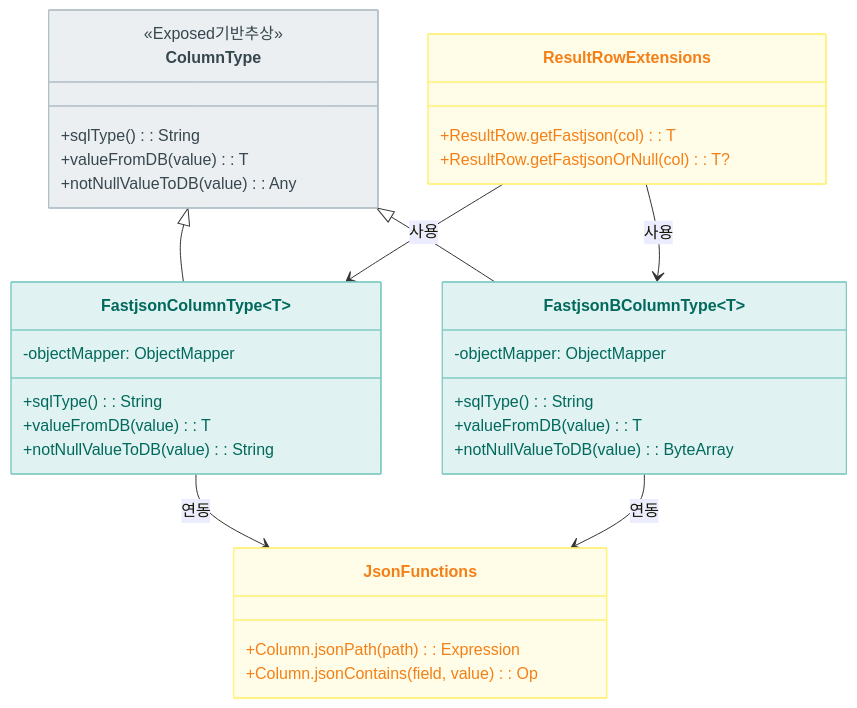
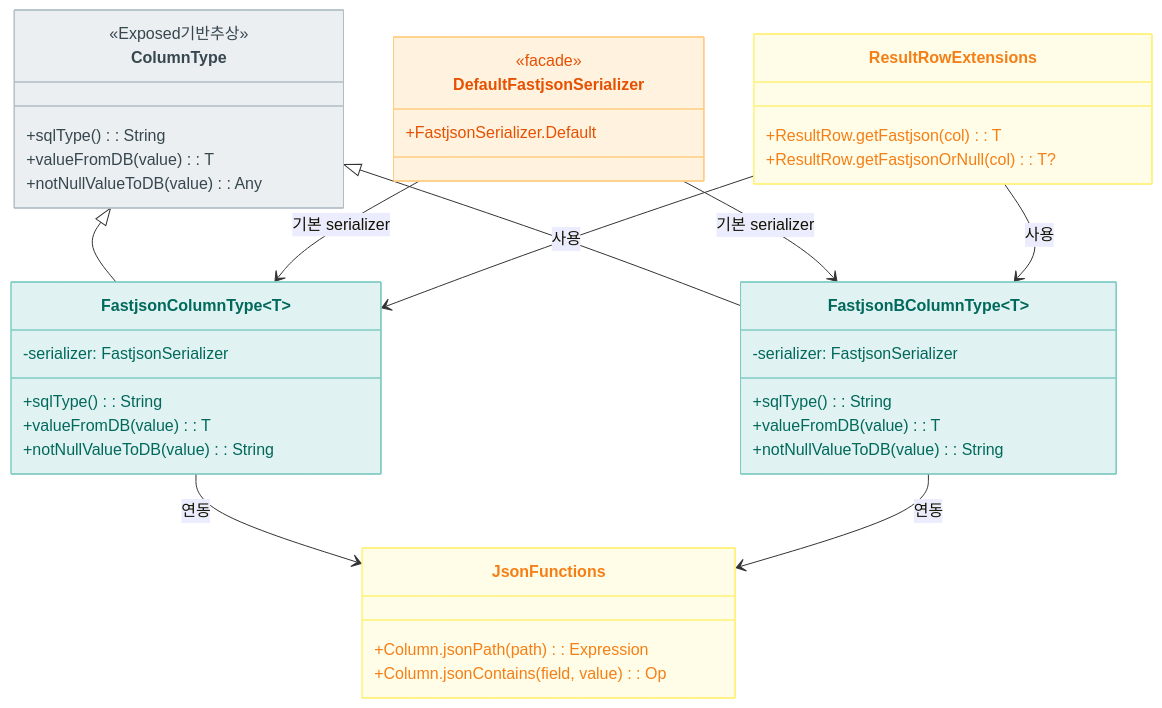
The second of 3 diagrams in exposed/exposed-fastjson2/README.ko.md (bluetape4k/bluetape4k-exposed), drawn with Mermaid before and after one commit. The commit also changed other lines of this file and 13 other files, not shown here.

First line of the commit message:
Align Fastjson serializer defaults for Exposed

````diff
--- a/exposed/exposed-fastjson2/README.ko.md
+++ b/exposed/exposed-fastjson2/README.ko.md
@@ -151,42 +158,49 @@
 ```mermaid
 classDiagram
     class ColumnType {
         <<Exposed기반추상>>
         +sqlType(): String
         +valueFromDB(value): T
         +notNullValueToDB(value): Any
     }
     class FastjsonColumnType~T~ {
-        -objectMapper: ObjectMapper
+        -serializer: FastjsonSerializer
         +sqlType(): String
         +valueFromDB(value): T
         +notNullValueToDB(value): String
     }
     class FastjsonBColumnType~T~ {
-        -objectMapper: ObjectMapper
+        -serializer: FastjsonSerializer
         +sqlType(): String
         +valueFromDB(value): T
-        +notNullValueToDB(value): ByteArray
+        +notNullValueToDB(value): String
+    }
+    class DefaultFastjsonSerializer {
+        <<facade>>
+        +FastjsonSerializer.Default
     }
     class JsonFunctions {
         +Column.jsonPath(path): Expression
         +Column.jsonContains(field, value): Op
     }
     class ResultRowExtensions {
         +ResultRow.getFastjson(col): T
         +ResultRow.getFastjsonOrNull(col): T?
     }
 
     ColumnType <|-- FastjsonColumnType
     ColumnType <|-- FastjsonBColumnType
     FastjsonColumnType --> JsonFunctions : 연동
     FastjsonBColumnType --> JsonFunctions : 연동
+    DefaultFastjsonSerializer --> FastjsonColumnType : 기본 serializer
+    DefaultFastjsonSerializer --> FastjsonBColumnType : 기본 serializer
     ResultRowExtensions --> FastjsonColumnType : 사용
     ResultRowExtensions --> FastjsonBColumnType : 사용
 
     style ColumnType fill:#ECEFF1,stroke:#B0BEC5,color:#37474F
     style FastjsonColumnType fill:#E0F2F1,stroke:#80CBC4,color:#00695C
     style FastjsonBColumnType fill:#E0F2F1,stroke:#80CBC4,color:#00695C
+    style DefaultFastjsonSerializer fill:#FFF3E0,stroke:#FFCC80,color:#E65100
     style JsonFunctions fill:#FFFDE7,stroke:#FFF176,color:#F57F17
     style ResultRowExtensions fill:#FFFDE7,stroke:#FFF176,color:#F57F17
 ```
````
